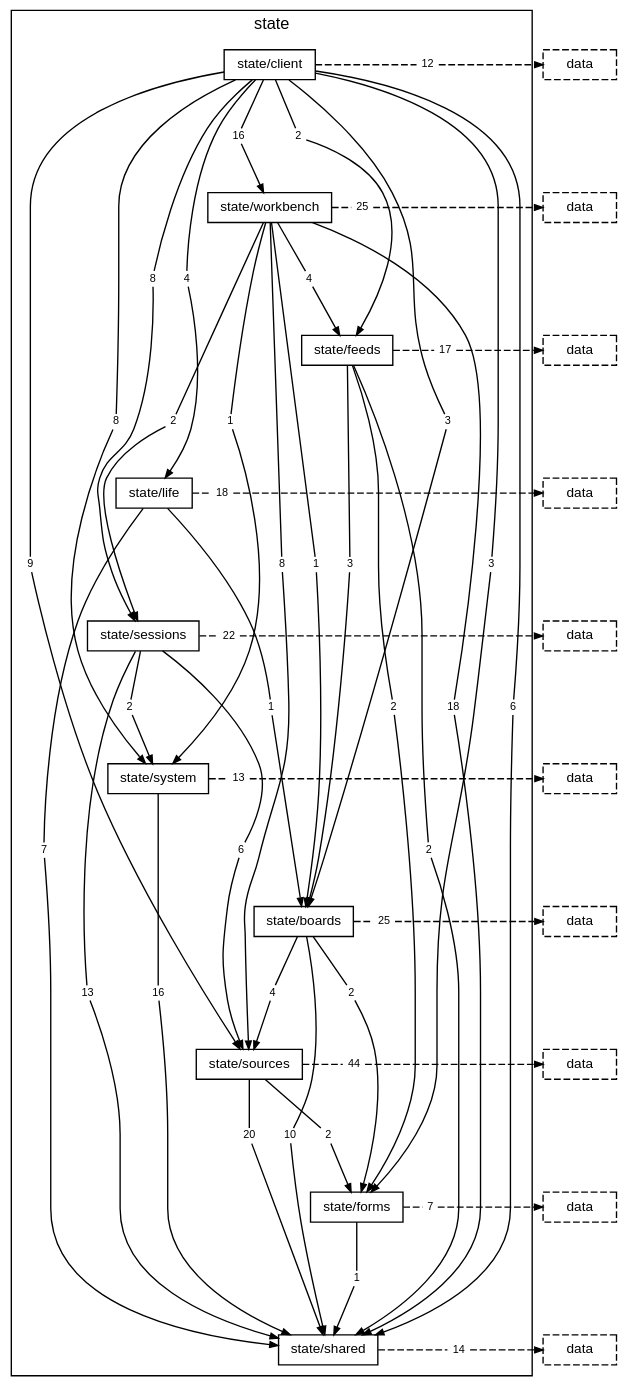
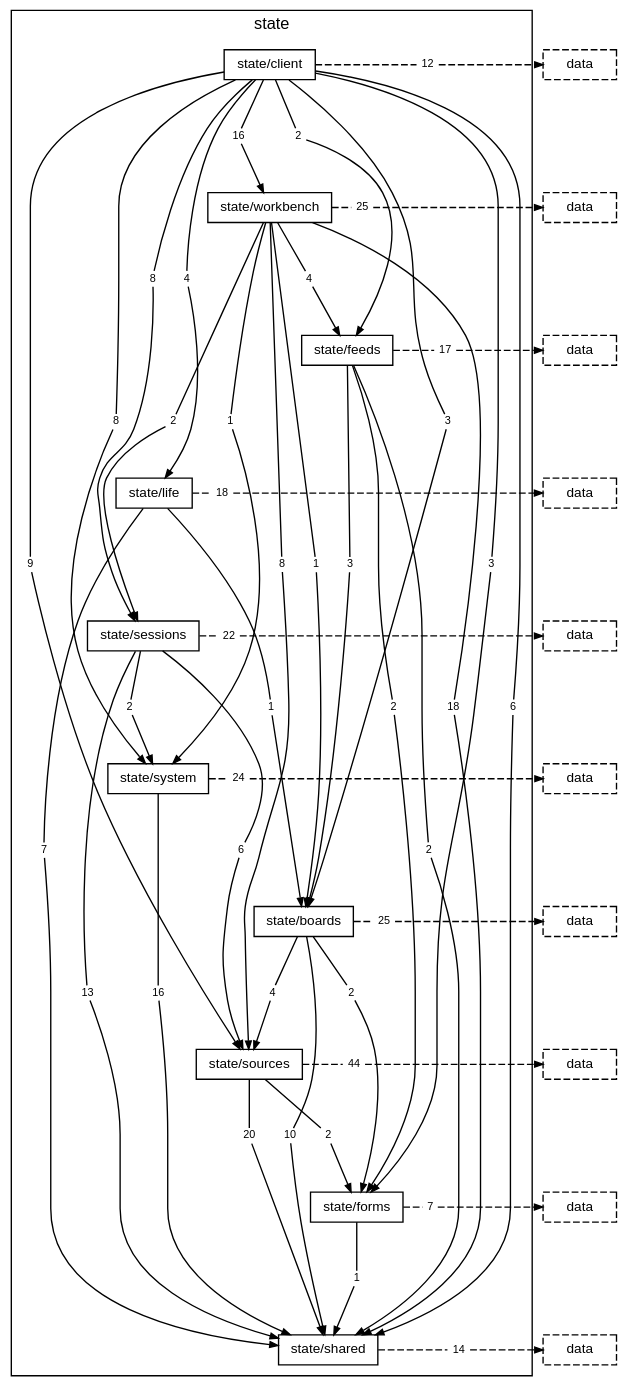
The diagram in docs/diagrams/layer-state.dot (TheAxeC/oculus), drawn with Graphviz before and after one commit. The commit also changed 116 other files, not shown here.

```diff
--- a/docs/diagrams/layer-state.dot
+++ b/docs/diagrams/layer-state.dot
@@ -43,7 +43,7 @@
         "folder state/sessions to folder state/system" [label="2", shape=box, color="transparent", fontsize=8, width=0, height=0, margin="0.04,0.02"];
         "folder state/sessions to layer data" [label="22", shape=box, color="transparent", fontsize=8, width=0, height=0, margin="0.04,0.02"];
         "folder state/system to folder state/shared" [label="16", shape=box, color="transparent", fontsize=8, width=0, height=0, margin="0.04,0.02"];
-        "folder state/system to layer data" [label="13", shape=box, color="transparent", fontsize=8, width=0, height=0, margin="0.04,0.02"];
+        "folder state/system to layer data" [label="24", shape=box, color="transparent", fontsize=8, width=0, height=0, margin="0.04,0.02"];
         "folder state/boards to folder state/forms" [label="2", shape=box, color="transparent", fontsize=8, width=0, height=0, margin="0.04,0.02"];
         "folder state/boards to folder state/shared" [label="10", shape=box, color="transparent", fontsize=8, width=0, height=0, margin="0.04,0.02"];
         "folder state/boards to folder state/sources" [label="4", shape=box, color="transparent", fontsize=8, width=0, height=0, margin="0.04,0.02"];
```
